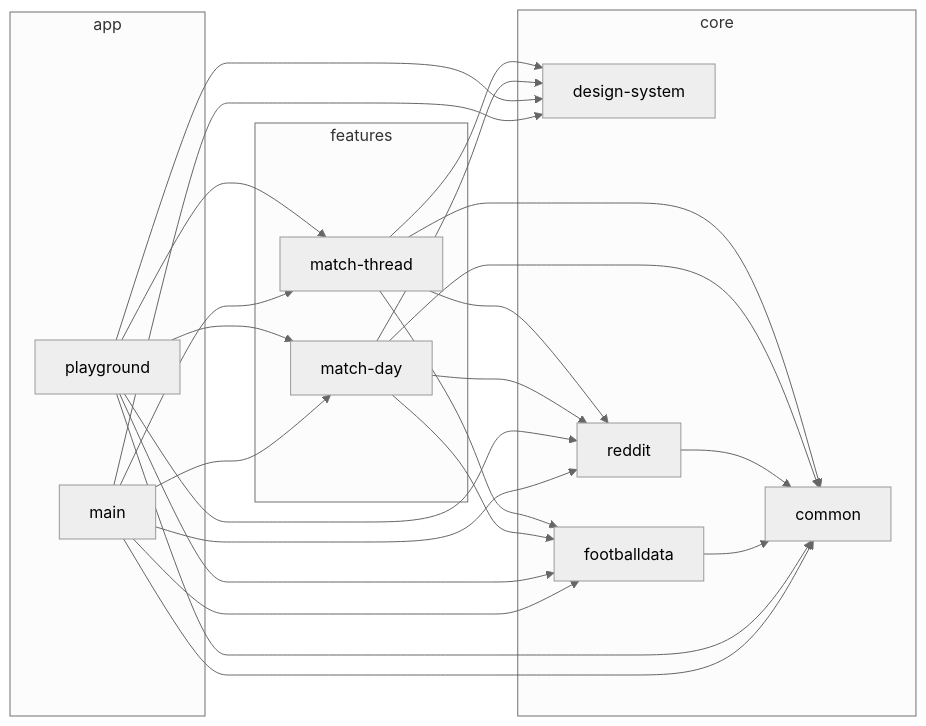
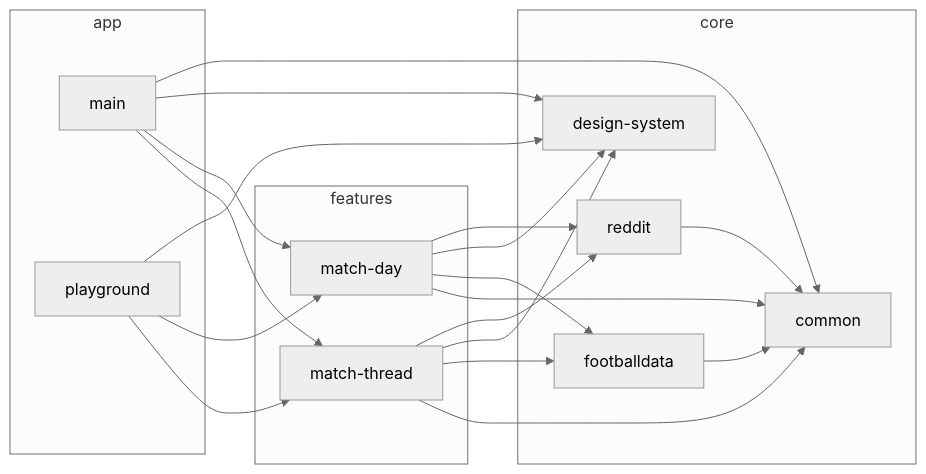
The diagram in README.md (iurysza/module-graph), drawn with Mermaid before and after one commit.

Commit message:
Update example graph

````diff
--- a/README.md
+++ b/README.md
@@ -188,45 +188,40 @@
 ```mermaid
 %%{
   init: {
     'theme': 'neutral'
   }
 }%%
 
 graph LR
   subgraph app
     main
     playground
   end
   subgraph core
     common
     design-system
     footballdata
     reddit
   end
   subgraph features
     match-day
     match-thread
   end
-  main --> match-thread
-  main --> match-day
-  main --> footballdata
-  main --> reddit
-  main --> design-system
-  main --> common
-  playground --> match-thread
-  playground --> match-day
-  playground --> footballdata
-  playground --> reddit
-  playground --> design-system
-  playground --> common
   footballdata --> common
-  reddit --> common
   match-day --> common
   match-day --> footballdata
   match-day --> design-system
   match-day --> reddit
   match-thread --> common
   match-thread --> footballdata
   match-thread --> design-system
   match-thread --> reddit
+  playground --> match-thread
+  playground --> match-day
+  playground --> design-system
+  reddit --> common
+  main --> match-thread
+  main --> match-day
+  main --> design-system
+  main --> common
 ```
````
